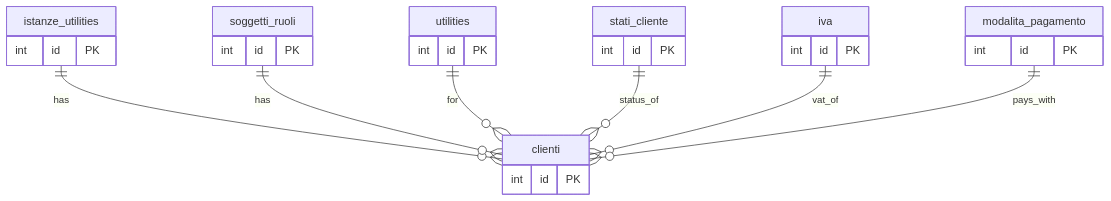
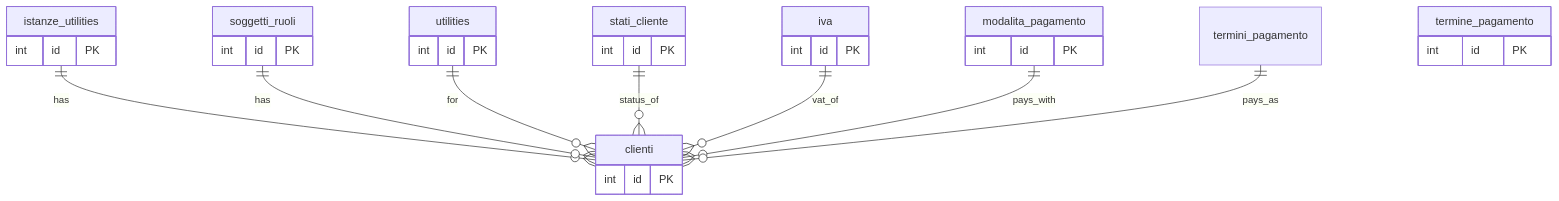
The first of 2 diagrams in docs/it/dbzero/anagrafiche/manual/clienti.md (Tito-it/ZeroErp), drawn with Mermaid before and after one commit. The commit also changed other lines of this file and 21 other files, not shown here.

Commit message:
Implementazione tabella termini pagamento e conseguente correzione tabella clienti. Aggiornato documentazione

````diff
--- a/docs/it/dbzero/anagrafiche/manual/clienti.md
+++ b/docs/it/dbzero/anagrafiche/manual/clienti.md
@@ -105,18 +86,21 @@
 ```mermaid
 %%{init: {'er': {'layoutDirection': 'TB'}}}%%
 erDiagram
     istanze_utilities ||--o{ clienti : has
     soggetti_ruoli    ||--o{ clienti : has
     utilities         ||--o{ clienti : for
     stati_cliente     ||--o{ clienti : status_of
     iva               ||--o{ clienti : vat_of
     modalita_pagamento||--o{ clienti : pays_with
+    termini_pagamento ||--o{ clienti : pays_as
+
 
     istanze_utilities   { int id PK }
     soggetti_ruoli      { int id PK }
     utilities           { int id PK }
     stati_cliente       { int id PK }
     iva                 { int id PK }
     modalita_pagamento  { int id PK }
+    termine_pagamento  { int id PK }
     clienti             { int id PK }
 ```
````
